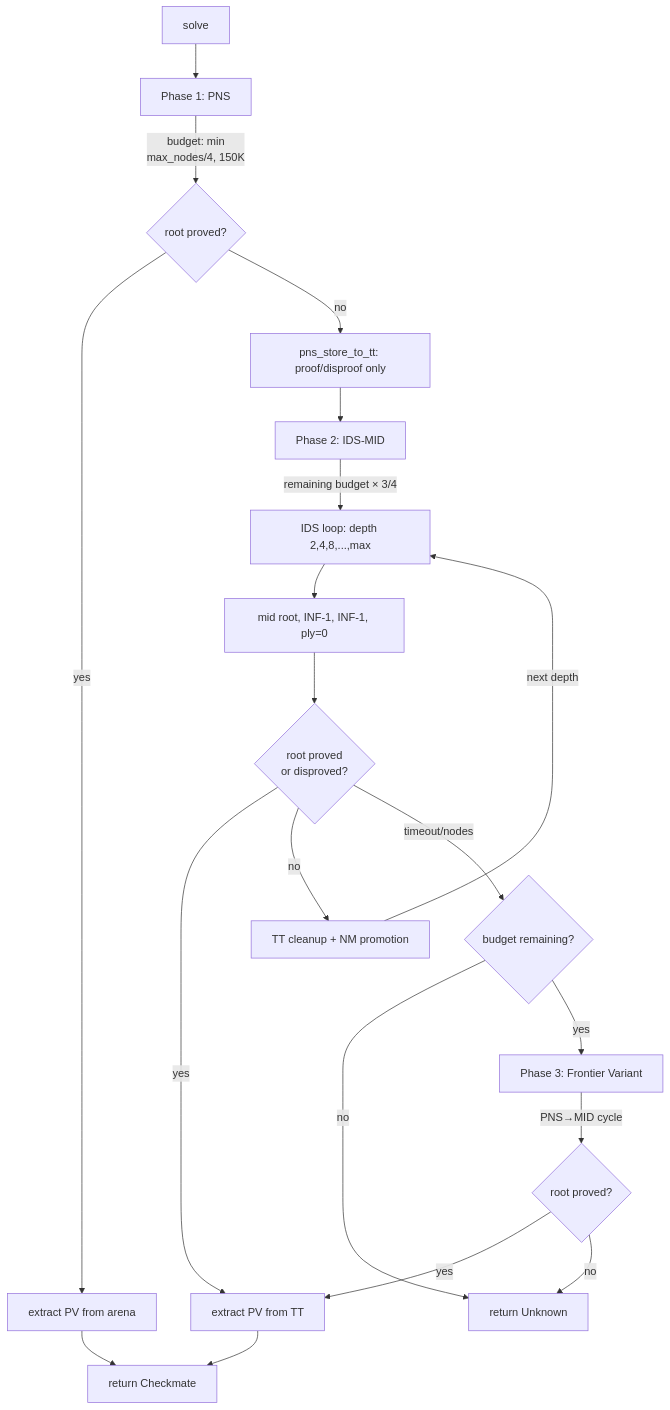
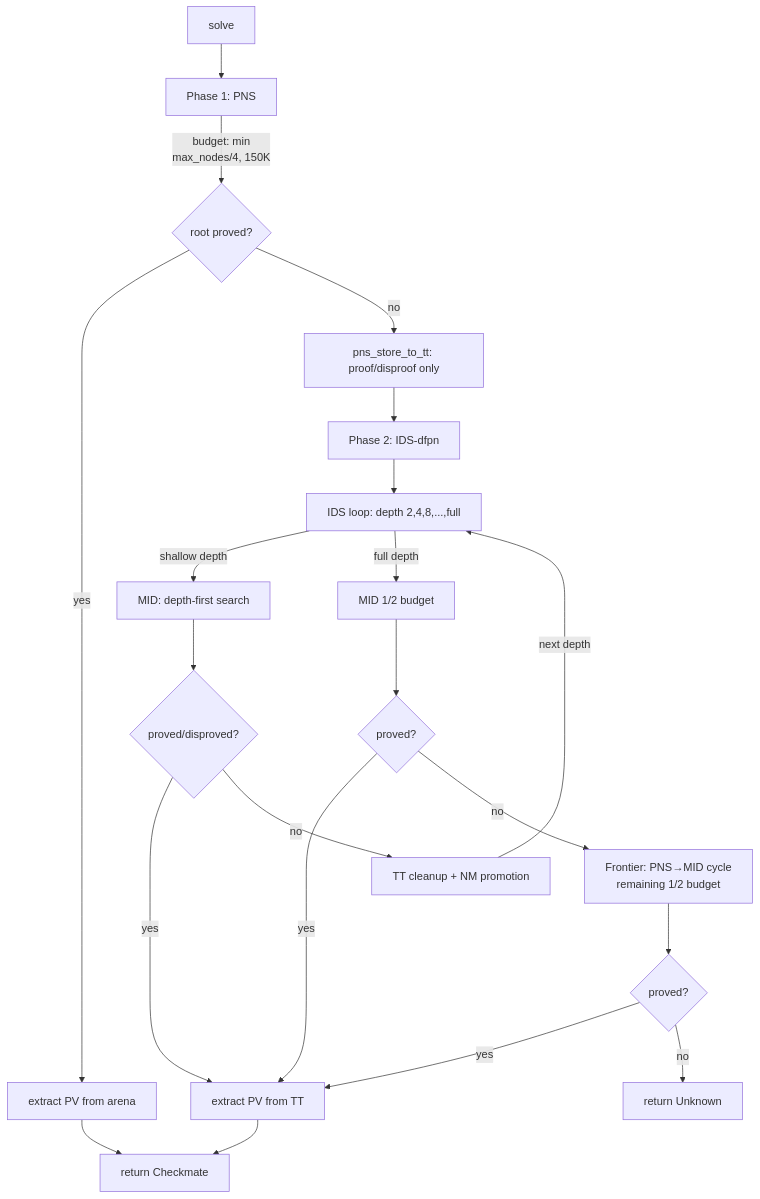
Before and after one commit to dousu/maou: the first of 4 diagrams in docs/design/tsume-solver-design.md, drawn with Mermaid. The commit also changed other lines of this file, not shown here.

First line of the commit message:
docs: fix design doc discrepancies with unified IDS+Frontier architecture

````diff
--- a/docs/design/tsume-solver-design.md
+++ b/docs/design/tsume-solver-design.md
@@ -179,22 +179,23 @@
 ```mermaid
 flowchart TD
     A[solve] --> B[Phase 1: PNS]
     B -->|budget: min\nmax_nodes/4, 150K| C{root proved?}
     C -->|yes| D[extract PV from arena]
     C -->|no| E[pns_store_to_tt: proof/disproof only]
-    E --> F[Phase 2: IDS-MID]
-    F -->|remaining budget × 3/4| G[IDS loop: depth 2,4,8,...,max]
-    G --> H[mid root, INF-1, INF-1, ply=0]
-    H --> I{root proved\nor disproved?}
-    I -->|yes| J[extract PV from TT]
-    I -->|no| K[TT cleanup + NM promotion]
-    K -->|next depth| G
-    I -->|timeout/nodes| N{budget remaining?}
-    N -->|no| L[return Unknown]
-    N -->|yes| O[Phase 3: Frontier Variant]
-    O -->|PNS→MID cycle| P{root proved?}
-    P -->|yes| J
-    P -->|no| L
-    D --> M[return Checkmate]
-    J --> M
+    E --> F[Phase 2: IDS-dfpn]
+    F --> G[IDS loop: depth 2,4,8,...,full]
+    G -->|shallow depth| H[MID: depth-first search]
+    G -->|full depth| I[MID 1/2 budget]
+    H --> J{proved/disproved?}
+    J -->|yes| K[extract PV from TT]
+    J -->|no| L[TT cleanup + NM promotion]
+    L -->|next depth| G
+    I --> M{proved?}
+    M -->|yes| K
+    M -->|no| N[Frontier: PNS→MID cycle\nremaining 1/2 budget]
+    N --> O{proved?}
+    O -->|yes| K
+    O -->|no| P[return Unknown]
+    D --> Q[return Checkmate]
+    K --> Q
 ```
````
